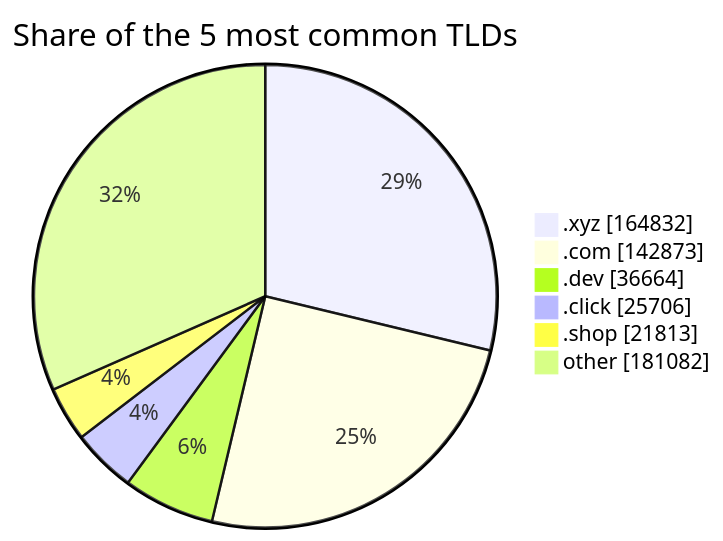
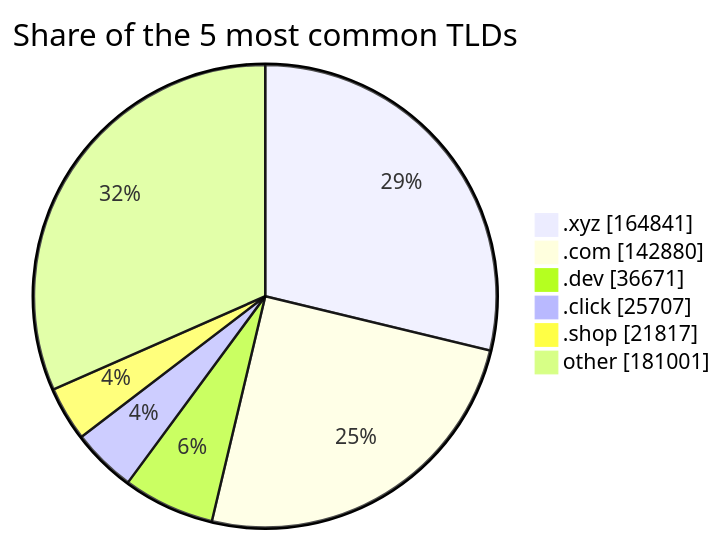
One commit to DNSBunker/CTI changed the third of 3 diagrams in README.md. Above: the diagram before and after it, drawn with Mermaid. The commit also changed other lines of this file and 3 other files, not shown here.

````diff
--- a/README.md
+++ b/README.md
@@ -81,9 +81,9 @@
 ```mermaid
 pie showData title Share of the 5 most common TLDs
-    ".xyz" : 164832
-    ".com" : 142873
-    ".dev" : 36664
-    ".click" : 25706
-    ".shop" : 21813
-    "other" : 181082
+    ".xyz" : 164841
+    ".com" : 142880
+    ".dev" : 36671
+    ".click" : 25707
+    ".shop" : 21817
+    "other" : 181001
 ```
````
